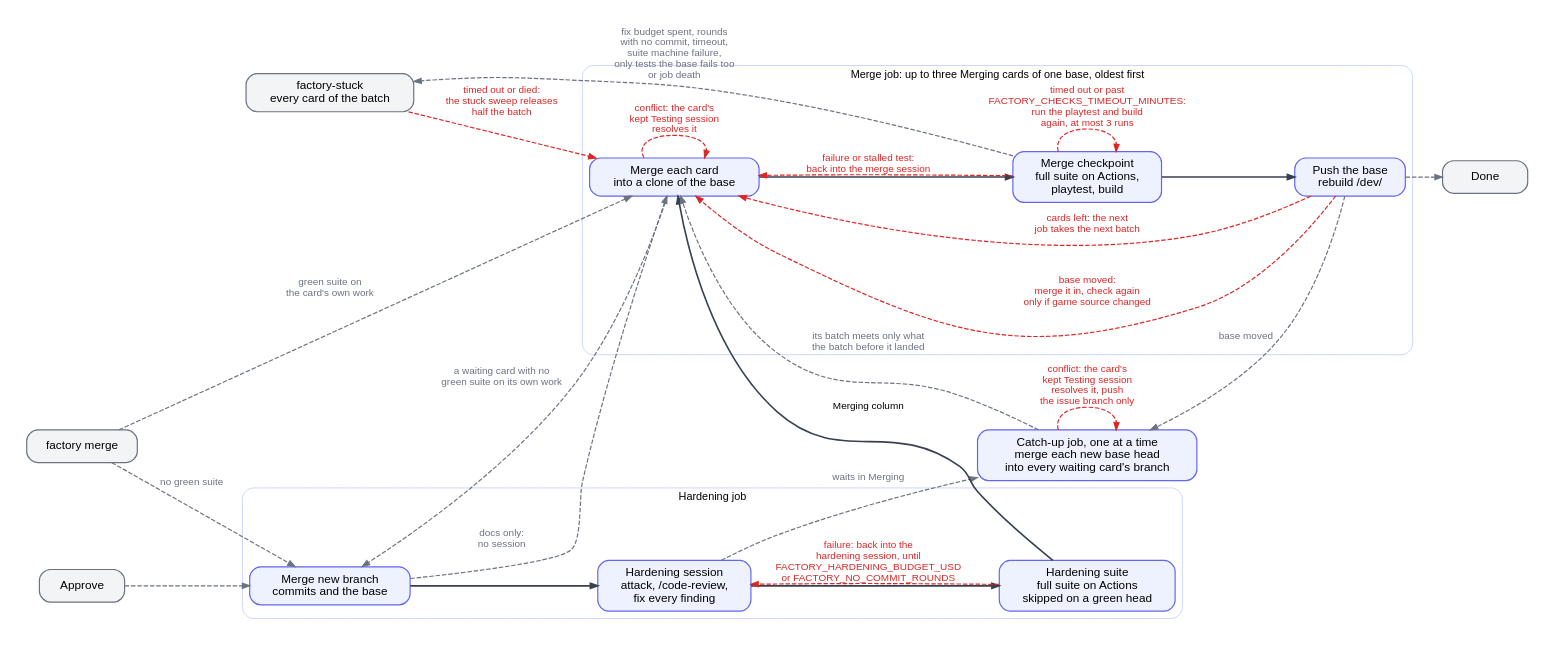
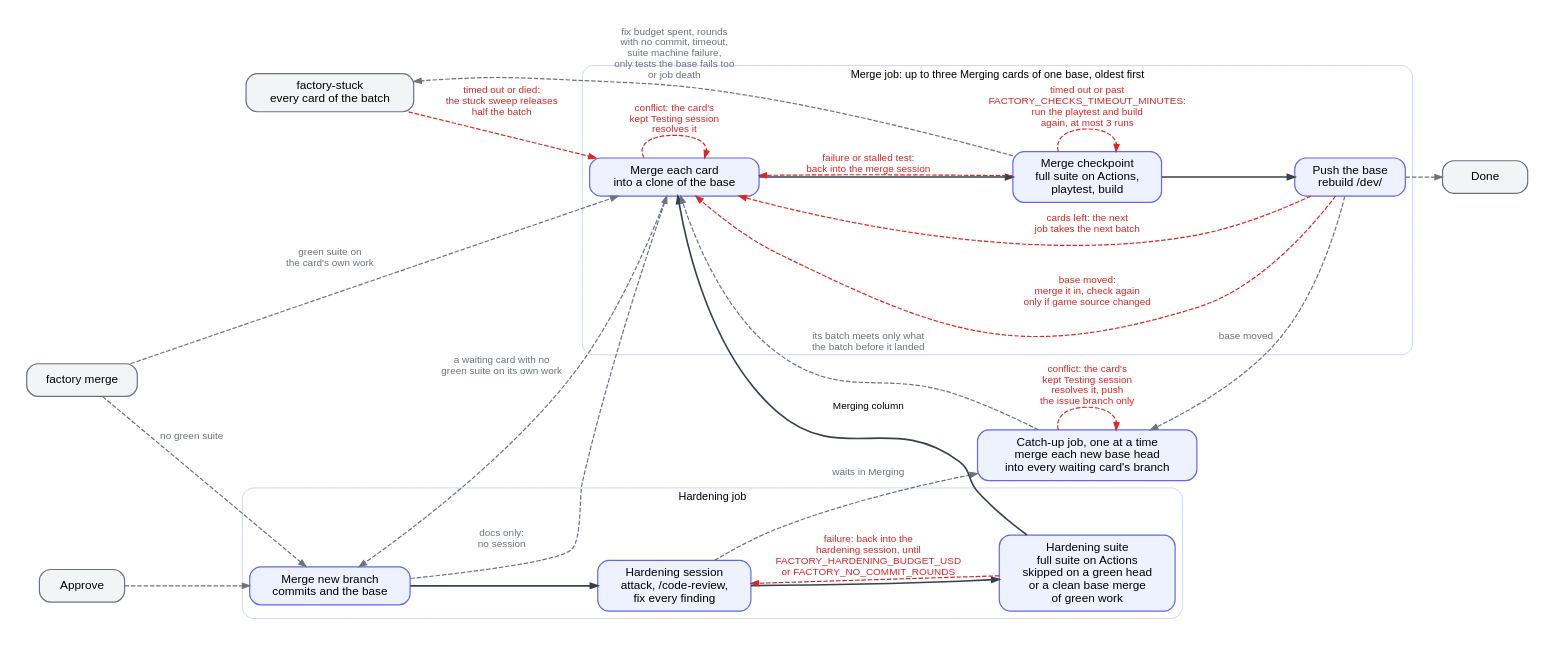
Before and after one commit to ROAM-game-org/road-machiners: the diagram in factory/docs/diagrams/hardening.dot, drawn with Graphviz. The commit also changed 9 other files, not shown here.

Commit message:
Hardening runs no full suite when its head only adds clean merges of the base onto card work with a green suite, and still runs it after any agent commit or resolved conflict (#1458)

```diff
--- a/factory/docs/diagrams/hardening.dot
+++ b/factory/docs/diagrams/hardening.dot
@@ -1,43 +1,43 @@
 // Hardening and Merging columns. One hardening session reviews and fixes an approved card. The merge queue checks up to three waiting cards of a base merged together before the base takes them, and the next job takes the rest. Each time a base moves, a catch-up job merges it into the branches of the waiting cards.
 // Red: loops back. Grey: leaves the column or enters from outside.
 digraph hardening {
   rankdir=LR; nodesep=0.35; ranksep=0.55; bgcolor=white; pad=0.3;
   node [shape=box, style="rounded,filled", fillcolor="#eef2ff", color="#6366f1", fontname="Helvetica", fontsize=13, margin="0.2,0.1", penwidth=1.3, width=1.3];
   edge [color="#374151", penwidth=1.8, arrowsize=0.8, fontname="Helvetica", fontsize=11];
   subgraph cluster_harden {
     label="Hardening job"; fontname="Helvetica"; fontsize=12; color="#c7d2fe"; style=rounded;
-    HM [label="Merge new branch\ncommits and the base"]; HH [label="Hardening session\nattack, /code-review,\nfix every finding"]; HS [label="Hardening suite\nfull suite on Actions\nskipped on a green head"];
+    HM [label="Merge new branch\ncommits and the base"]; HH [label="Hardening session\nattack, /code-review,\nfix every finding"]; HS [label="Hardening suite\nfull suite on Actions\nskipped on a green head\nor a clean base merge\nof green work"];
     HM -> HH -> HS [weight=100];
   }
   subgraph cluster_merge {
     label="Merge job: up to three Merging cards of one base, oldest first"; fontname="Helvetica"; fontsize=12; color="#c7d2fe"; style=rounded;
     MM [label="Merge each card\ninto a clone of the base"]; MC [label="Merge checkpoint\nfull suite on Actions,\nplaytest, build"]; MP [label="Push the base\nrebuild /dev/"];
     MM -> MC -> MP [weight=100];
   }
   HS -> MM [label="Merging column"];
   CU [label="Catch-up job, one at a time\nmerge each new base head\ninto every waiting card's branch"];
   XA [label="Approve", fillcolor="#f3f4f6", color="#6b7280"];
   XO [label="factory merge", fillcolor="#f3f4f6", color="#6b7280"];
   XS [label="factory-stuck\nevery card of the batch", fillcolor="#f3f4f6", color="#6b7280"];
   XN [label="Done", fillcolor="#f3f4f6", color="#6b7280"];
   edge [color="#dc2626", fontcolor="#dc2626", style=dashed, penwidth=1.3];
   MM -> MM [label="conflict: the card's\nkept Testing session\nresolves it"];
   HS -> HH [label="failure: back into the\nhardening session, until\nFACTORY_HARDENING_BUDGET_USD\nor FACTORY_NO_COMMIT_ROUNDS"];
   MC -> MM [label="failure or stalled test:\nback into the merge session"];
   MC -> MC [label="timed out or past\nFACTORY_CHECKS_TIMEOUT_MINUTES:\nrun the playtest and build\nagain, at most 3 runs"];
   MP -> MM [label="base moved:\nmerge it in, check again\nonly if game source changed"];
   XS -> MM [label="timed out or died:\nthe stuck sweep releases\nhalf the batch"];
   MP -> MM [label="cards left: the next\njob takes the next batch"];
   CU -> CU [label="conflict: the card's\nkept Testing session\nresolves it, push\nthe issue branch only"];
   edge [color="#6b7280", fontcolor="#6b7280"];
   XA -> HM;
   HM -> MM [label="docs only:\nno session"];
   XO -> MM [label="green suite on\nthe card's own work"];
   XO -> HM [label="no green suite"];
   MM -> HM [label="a waiting card with no\ngreen suite on its own work"];
   MC -> XS [label="fix budget spent, rounds\nwith no commit, timeout,\nsuite machine failure,\nonly tests the base fails too\nor job death"];
   MP -> XN;
   HH -> CU [label="waits in Merging"];
   MP -> CU [label="base moved"];
   CU -> MM [label="its batch meets only what\nthe batch before it landed"];
 }
```
